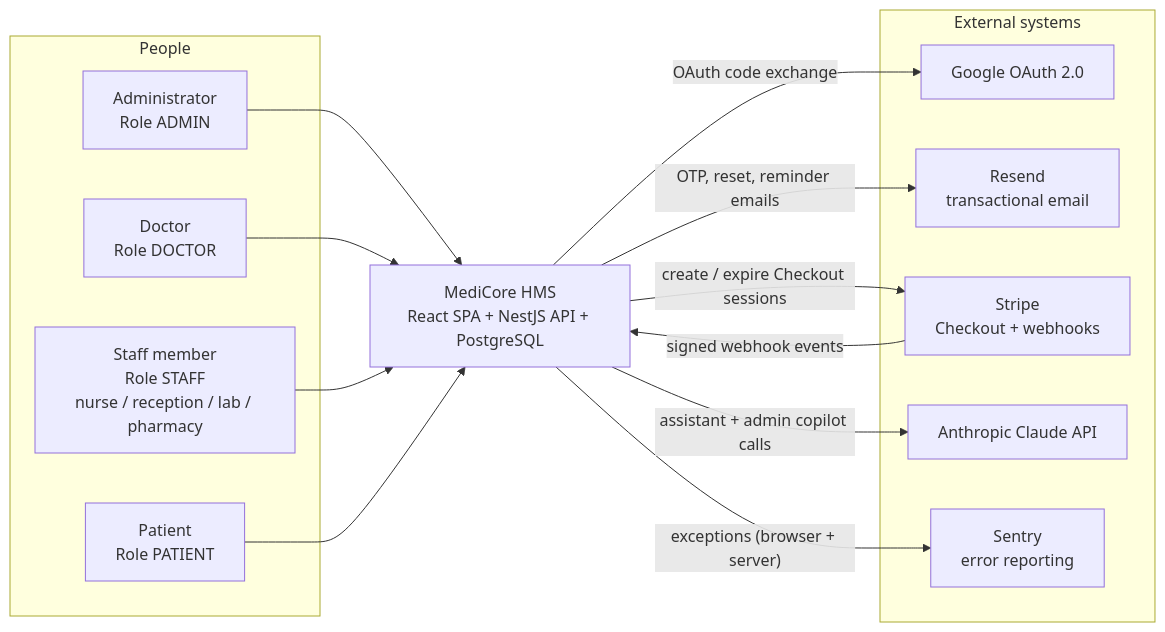
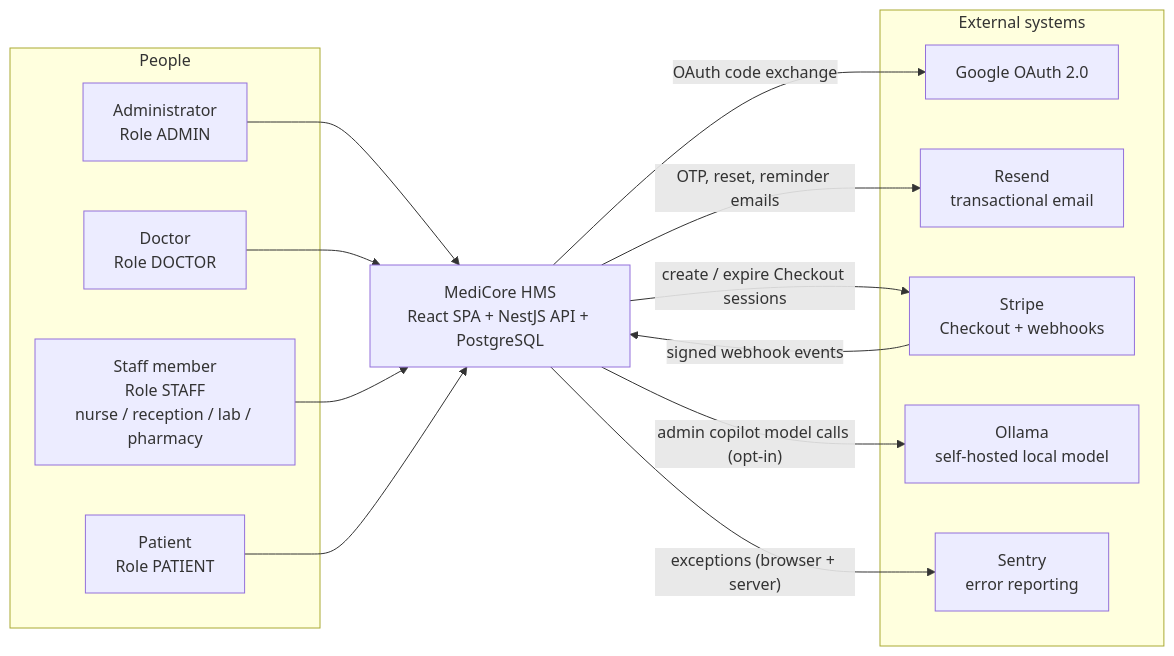
The first of 8 diagrams in ARCHITECTURE.md (muhammadhamd56-cloud/hospital-management-system), drawn with Mermaid before and after one commit. The commit also changed other lines of this file and 13 other files, not shown here.

First line of the commit message:
docs: document the Ollama-based Admin AI and correct stale architecture gaps

````diff
--- a/ARCHITECTURE.md
+++ b/ARCHITECTURE.md
@@ -105,31 +105,31 @@
 ```mermaid
 flowchart LR
     subgraph People["People"]
         Admin["Administrator<br/>Role ADMIN"]
         Doctor["Doctor<br/>Role DOCTOR"]
         Staff["Staff member<br/>Role STAFF<br/>nurse / reception / lab / pharmacy"]
         Patient["Patient<br/>Role PATIENT"]
     end
 
     HMS["MediCore HMS<br/>React SPA + NestJS API + PostgreSQL"]
 
     subgraph External["External systems"]
         Google["Google OAuth 2.0"]
         Resend["Resend<br/>transactional email"]
         Stripe["Stripe<br/>Checkout + webhooks"]
-        Anthropic["Anthropic Claude API"]
+        Ollama["Ollama<br/>self-hosted local model"]
         Sentry["Sentry<br/>error reporting"]
     end
 
     Admin --> HMS
     Doctor --> HMS
     Staff --> HMS
     Patient --> HMS
 
     HMS -->|"OAuth code exchange"| Google
     HMS -->|"OTP, reset, reminder emails"| Resend
     HMS -->|"create / expire Checkout sessions"| Stripe
     Stripe -->|"signed webhook events"| HMS
-    HMS -->|"assistant + admin copilot calls"| Anthropic
+    HMS -->|"admin copilot model calls (opt-in)"| Ollama
     HMS -->|"exceptions (browser + server)"| Sentry
 ```
````
